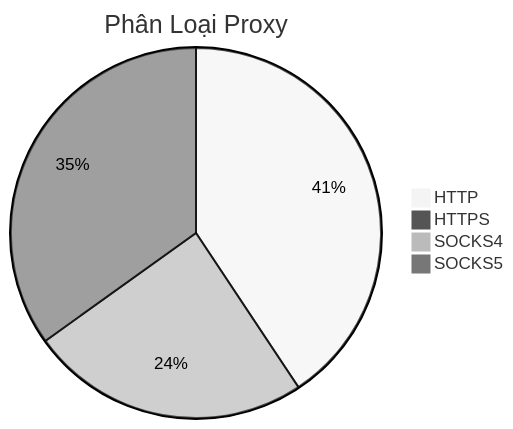
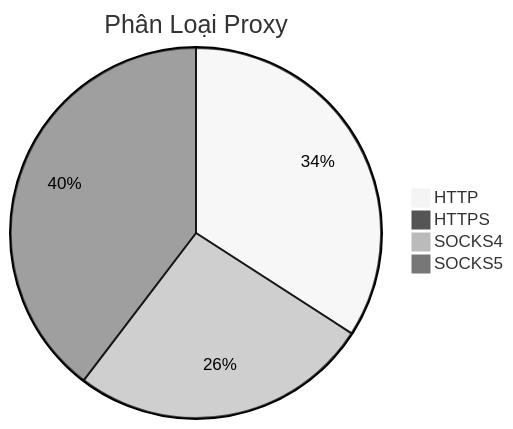
One commit to Ciara-12/PROXY-free changed the diagram in README.md. Above: the diagram before and after it, drawn with Mermaid (neutral theme). The commit also changed other lines of this file and 4 other files, not shown here.

````diff
--- a/README.md
+++ b/README.md
@@ -26,7 +26,7 @@
 ```mermaid
 pie title Phân Loại Proxy
-    "HTTP" : 634
+    "HTTP" : 637
     "HTTPS" : 1
-    "SOCKS4" : 381
-    "SOCKS5" : 544
+    "SOCKS4" : 490
+    "SOCKS5" : 740
 ```
````
